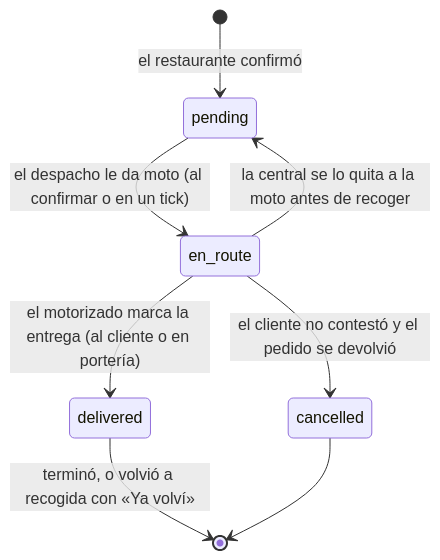
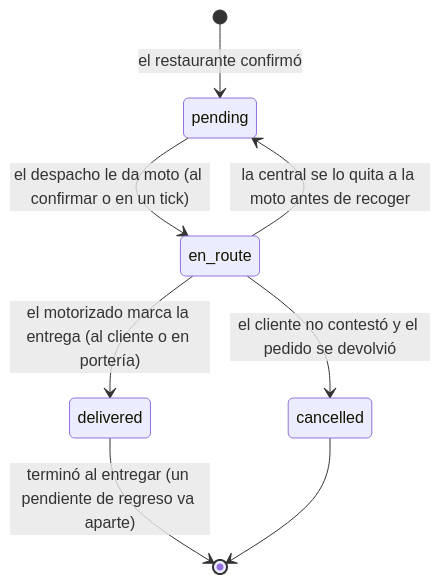
Before and after one commit to clapi-labs/clapi-dispatch: the sixth of 7 diagrams in docs/INFRAESTRUCTURA.md, drawn with Mermaid. The commit also changed other lines of this file and 61 other files, not shown here.

First line of the commit message:
Pendientes de regreso: el domiciliario declara al recoger si se lleva el datáfono o queda debiendo, el servicio termina al entregar y la central ve y cierra los pendientes desde el portal (#58)

````diff
--- a/docs/INFRAESTRUCTURA.md
+++ b/docs/INFRAESTRUCTURA.md
@@ -252,10 +252,10 @@
 ```mermaid
 stateDiagram-v2
     [*] --> pending: el restaurante confirmó
     pending --> en_route: el despacho le da moto (al confirmar o en un tick)
     en_route --> pending: la central se lo quita a la moto antes de recoger
     en_route --> delivered: el motorizado marca la entrega (al cliente o en portería)
     en_route --> cancelled: el cliente no contestó y el pedido se devolvió
-    delivered --> [*]: terminó, o volvió a recogida con «Ya volví»
+    delivered --> [*]: terminó al entregar (un pendiente de regreso va aparte)
     cancelled --> [*]
 ```
````
